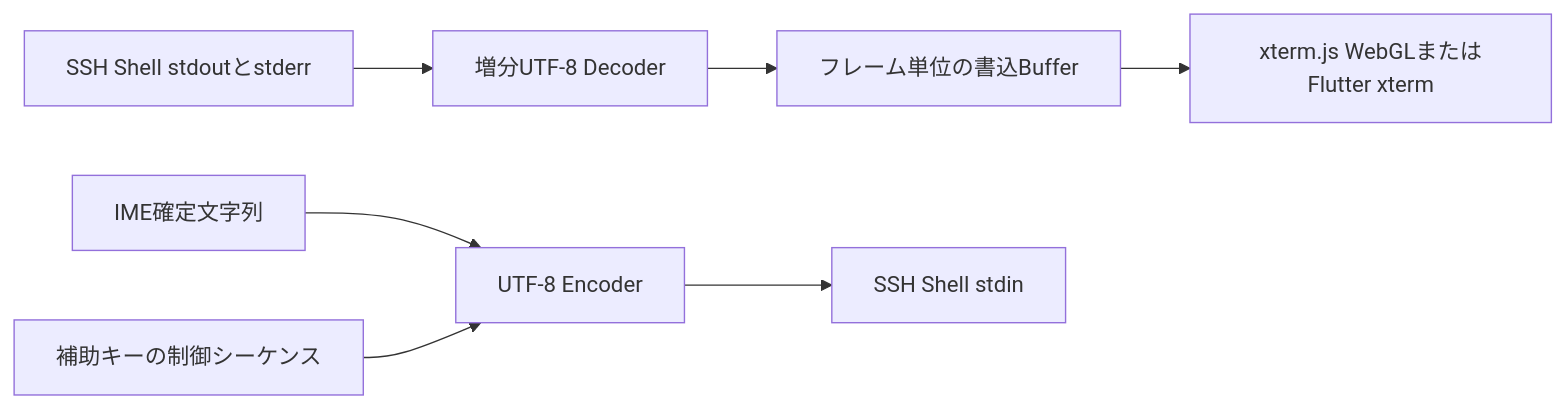
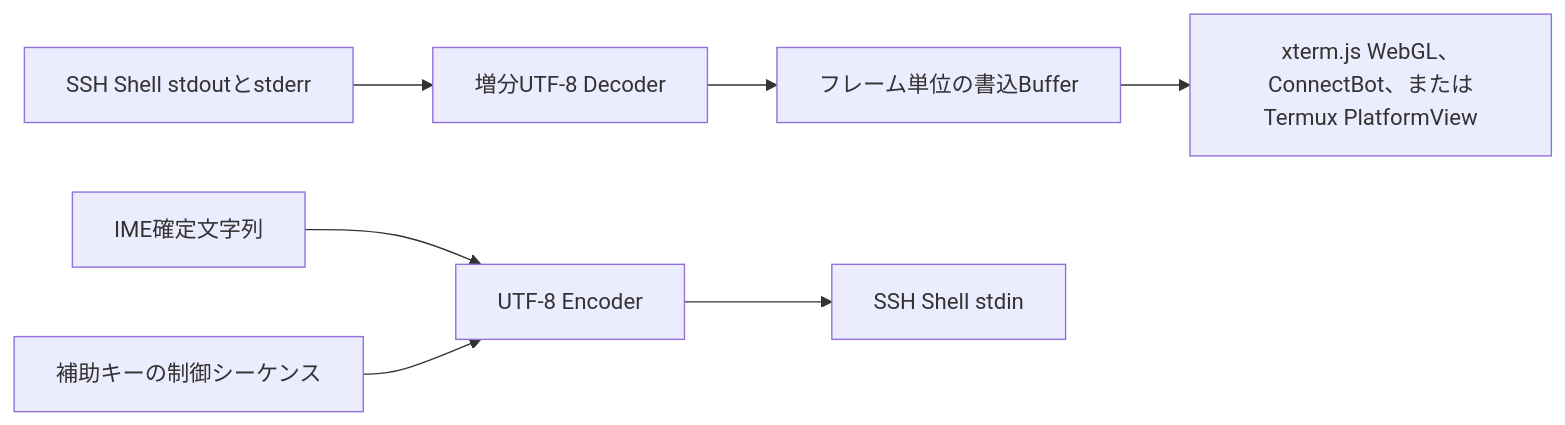
Before and after one commit to 4tsuha/Termethis: the third of 3 diagrams in ARCHITECTURE.md, drawn with Mermaid. The commit also changed other lines of this file and 176 other files, not shown here.

````diff
--- a/ARCHITECTURE.md
+++ b/ARCHITECTURE.md
@@ -495,9 +503,9 @@
 ```mermaid
 flowchart LR
     REMOTE[SSH Shell stdoutとstderr] --> DECODER[増分UTF-8 Decoder]
     DECODER --> BUFFER[フレーム単位の書込Buffer]
-    BUFFER --> XTERM[xterm.js WebGLまたはFlutter xterm]
+    BUFFER --> RENDERER[xterm.js WebGL、ConnectBot、またはTermux PlatformView]
     IME[IME確定文字列] --> ENCODER[UTF-8 Encoder]
     KEYS[補助キーの制御シーケンス] --> ENCODER
     ENCODER --> STDIN[SSH Shell stdin]
 ```
````
